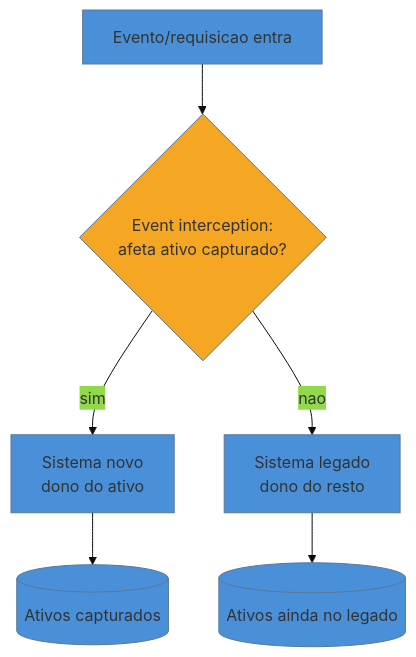
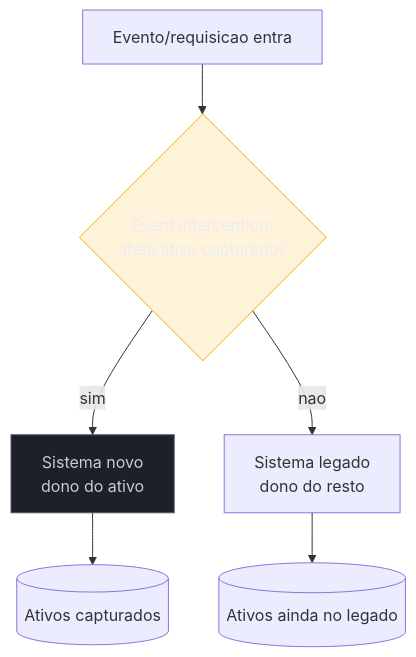
One commit to josenaldo/codex-technomanticus changed the second of 2 diagrams in 03-Dominios/Engenharia/Arqueologia e Restauração de Software/18 - Strangler Fig.md. Above: the diagram before and after it, drawn with Mermaid. The commit also changed other lines of this file and 1181 other files, not shown here.

First line of the commit message:
fix(diagramas): paleta do sistema no lugar de cor cravada no markdown

````diff
--- a/03-Dominios/Engenharia/Arqueologia e Restauração de Software/18 - Strangler Fig.md
+++ b/03-Dominios/Engenharia/Arqueologia e Restauração de Software/18 - Strangler Fig.md
@@ -68,11 +69,12 @@
 ```mermaid
-%%{init: {"theme": "base", "themeVariables": {"primaryColor": "#4A90D9"}}}%%
 graph TD
+    classDef destaque fill:#FFAA0024,stroke:#FFAA00,color:#E9ECF2
+    classDef neutro fill:#1B2029,stroke:#4E5666,color:#C6CCD8
     E[Evento/requisicao entra] --> I{Event interception:<br/>afeta ativo capturado?}
     I -->|sim| N[Sistema novo<br/>dono do ativo]
     I -->|nao| L[Sistema legado<br/>dono do resto]
     N --> A[(Ativos capturados)]
     L --> B[(Ativos ainda no legado)]
-    style I fill:#F5A623
-    style N fill:#4A90D9
+    class I destaque
+    class N neutro
 ```
````
